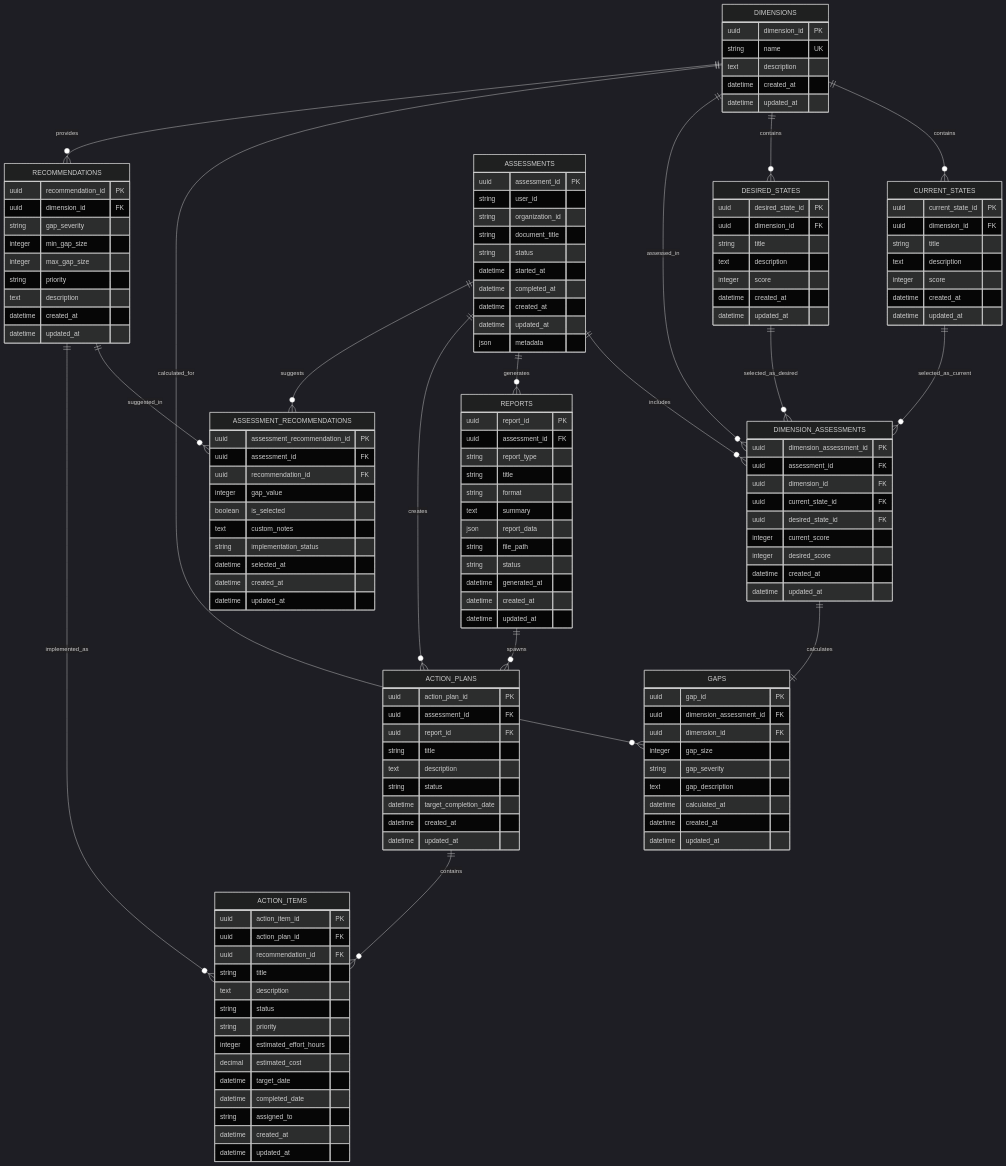
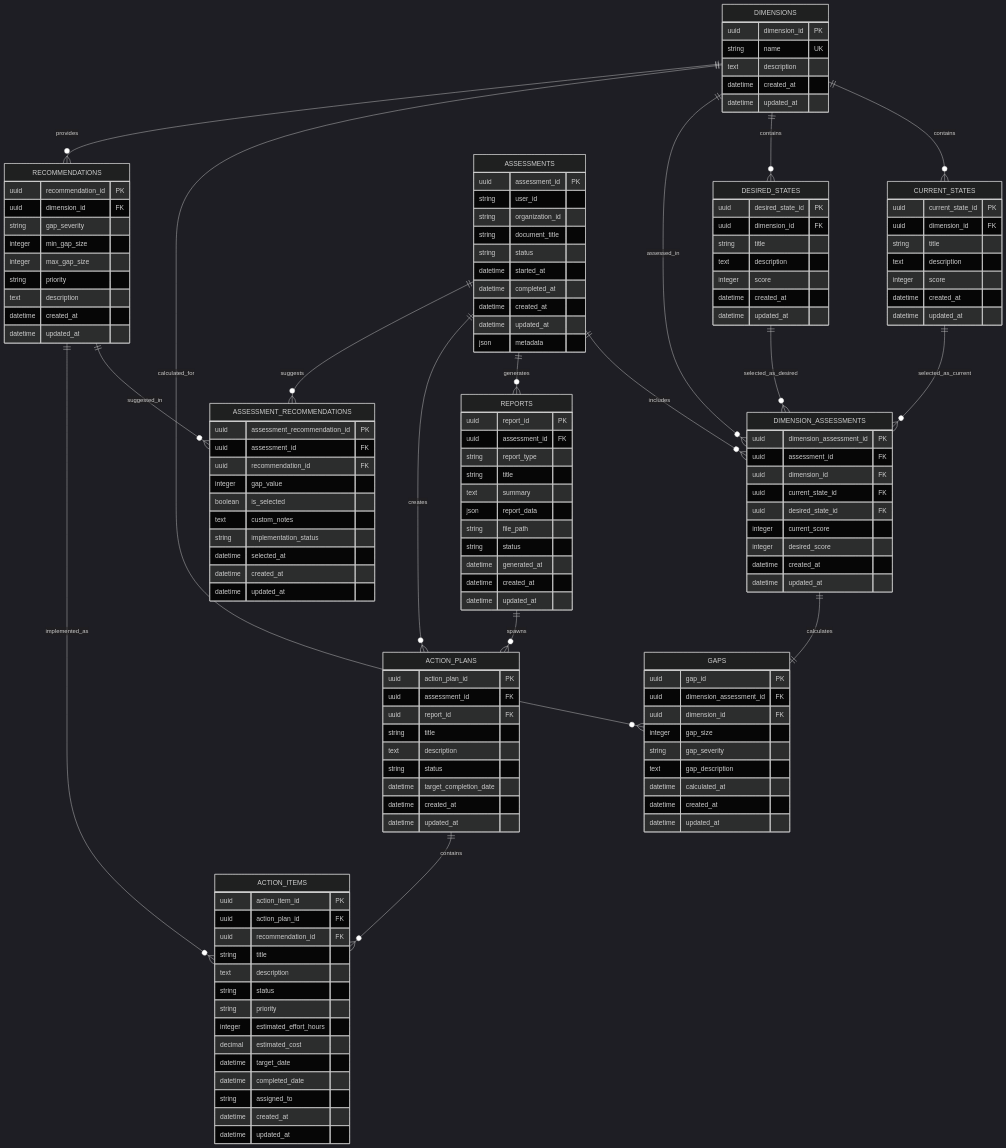
The diagram in doc/Arc42.md (ADORSYS-GIS/DGRV-digital-gap-tool), drawn with Mermaid (dark theme) before and after one commit. The commit also changed 1 other file, not shown here.

Commit message:
feat(): database migration init

```diff
--- a/doc/Arc42.md
+++ b/doc/Arc42.md
@@ -532,7 +532,6 @@
         uuid assessment_id FK
         string report_type
         string title
-        string format
         text summary
         json report_data
         string file_path
```
